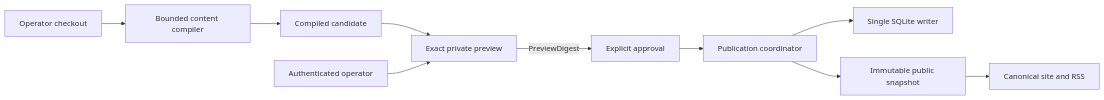
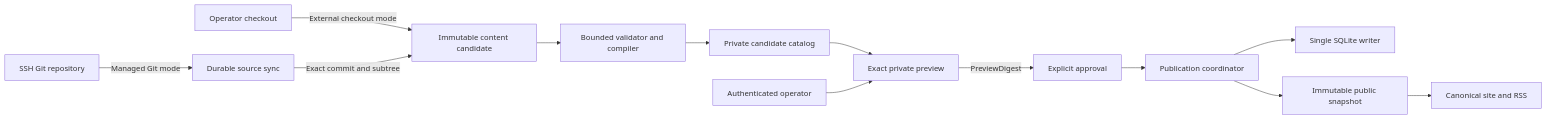
The first of 3 diagrams in crates/server/examples/local-alpha/content/posts/hello-maincopy.md (tee8z/maincopy), drawn with Mermaid before and after one commit. The commit also changed other lines of this file and 53 other files, not shown here.

Commit message:
feat(source): add managed read-only Git sync

````diff
--- a/crates/server/examples/local-alpha/content/posts/hello-maincopy.md
+++ b/crates/server/examples/local-alpha/content/posts/hello-maincopy.md
@@ -28,12 +26,15 @@
 ```mermaid
 flowchart LR
-    Source[Operator checkout] --> Compiler[Bounded content compiler]
-    Compiler --> Candidate[Compiled candidate]
-    Candidate --> Preview[Exact private preview]
+    Git[SSH Git repository] -->|Managed Git mode| Sync[Durable source sync]
+    Checkout[Operator checkout] -->|External checkout mode| Candidate[Immutable content candidate]
+    Sync -->|Exact commit and subtree| Candidate
+    Candidate --> Compiler[Bounded validator and compiler]
+    Compiler --> Catalog[Private candidate catalog]
+    Catalog --> Preview[Exact private preview]
     Operator[Authenticated operator] --> Preview
     Preview -->|PreviewDigest| Approval[Explicit approval]
     Approval --> Coordinator[Publication coordinator]
     Coordinator --> Writer[Single SQLite writer]
     Coordinator --> Snapshot[Immutable public snapshot]
     Snapshot --> Public[Canonical site and RSS]
 ```
````
